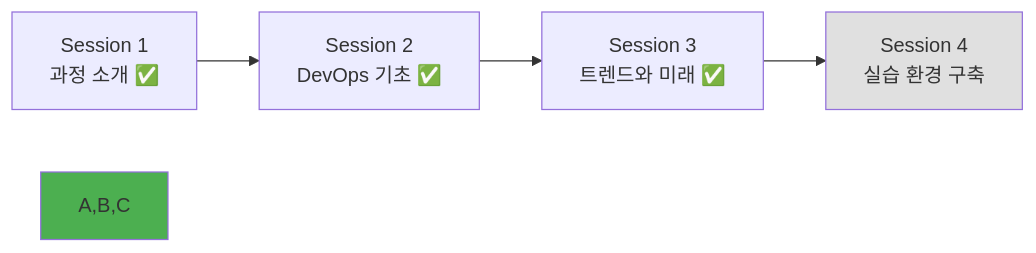
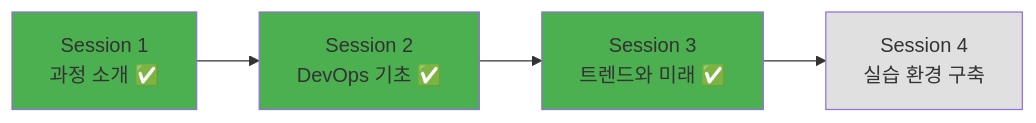
One commit to niceguy61/kdt_devops_lecture_2025 changed the sixth of 6 diagrams in theory/week_01/day1/session_3.md. Above: the diagram before and after it, drawn with Mermaid.

````diff
--- a/theory/week_01/day1/session_3.md
+++ b/theory/week_01/day1/session_3.md
@@ -277,9 +277,11 @@
 ```mermaid
 graph LR
     A[Session 1<br/>과정 소개 ✅] --> B[Session 2<br/>DevOps 기초 ✅]
     B --> C[Session 3<br/>트렌드와 미래 ✅]
     C --> D[Session 4<br/>실습 환경 구축]
     
-    style A,B,C fill:#4caf50
+    style A fill:#4caf50
+    style B fill:#4caf50
+    style C fill:#4caf50
     style D fill:#e0e0e0
 ```
````
